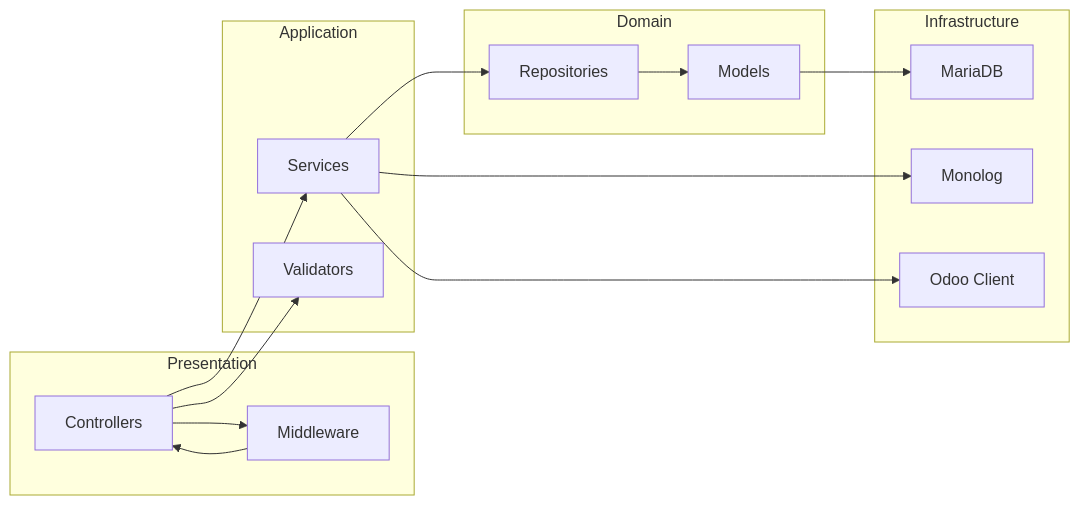
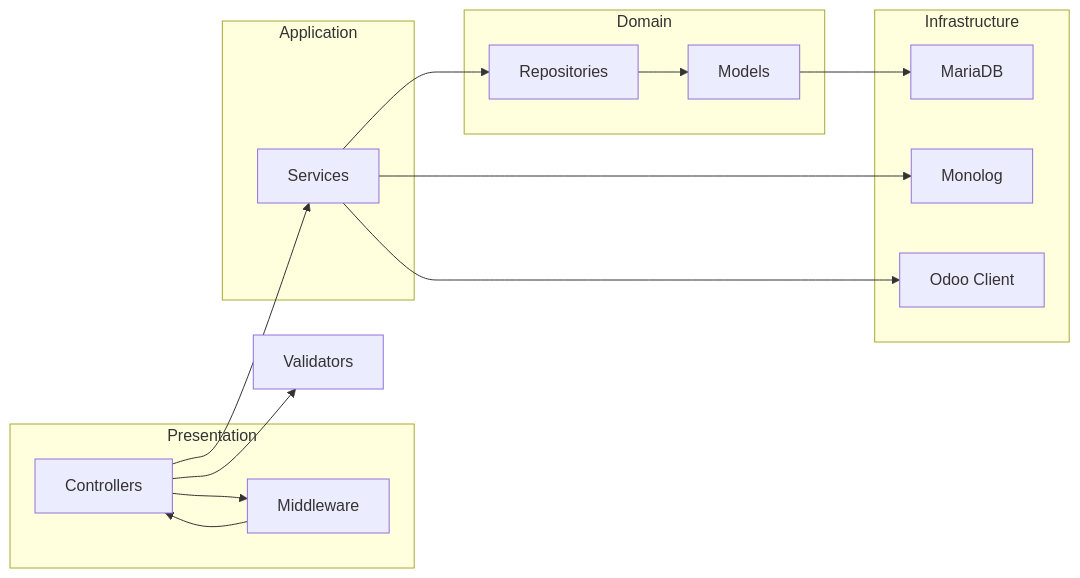
The second of 8 diagrams in zicare/docs/01-system-architecture.md (Andre1qaz/Zi.Care_pos_app), drawn with Mermaid before and after one commit. The commit also changed other lines of this file and 77 other files, not shown here.

````diff
--- a/zicare/docs/01-system-architecture.md
+++ b/zicare/docs/01-system-architecture.md
@@ -56,33 +53,32 @@
 ```mermaid
 flowchart LR
     subgraph Presentation
         Controllers["Controllers"]
         Middleware["Middleware"]
     end
 
     subgraph Application
         Services["Services"]
-        Validators["Validators"]
     end
 
     subgraph Domain
         Models["Models"]
         Repositories["Repositories"]
     end
 
     subgraph Infrastructure
         DB["MariaDB"]
         Logger["Monolog"]
         OdooClient["Odoo Client"]
     end
 
     Controllers --> Middleware
     Middleware --> Controllers
     Controllers --> Validators
     Controllers --> Services
     Services --> Repositories
     Repositories --> Models
     Models --> DB
     Services --> OdooClient
     Services --> Logger
 ```
````
